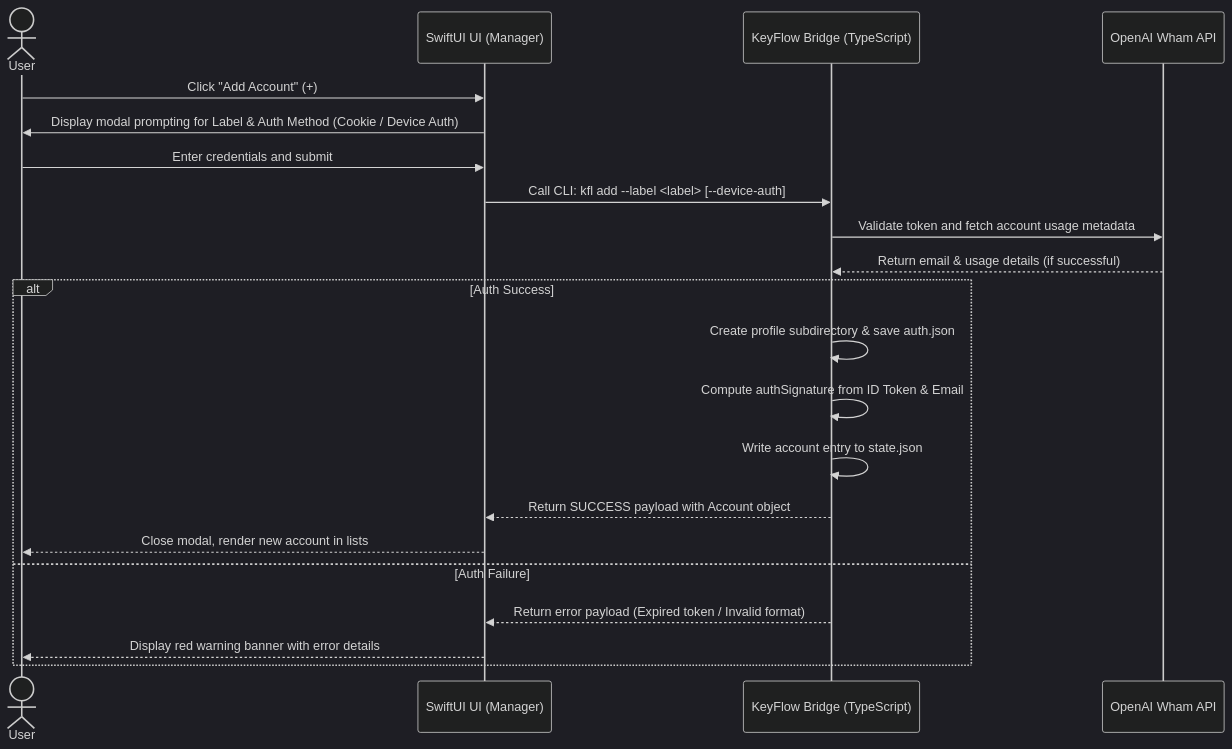
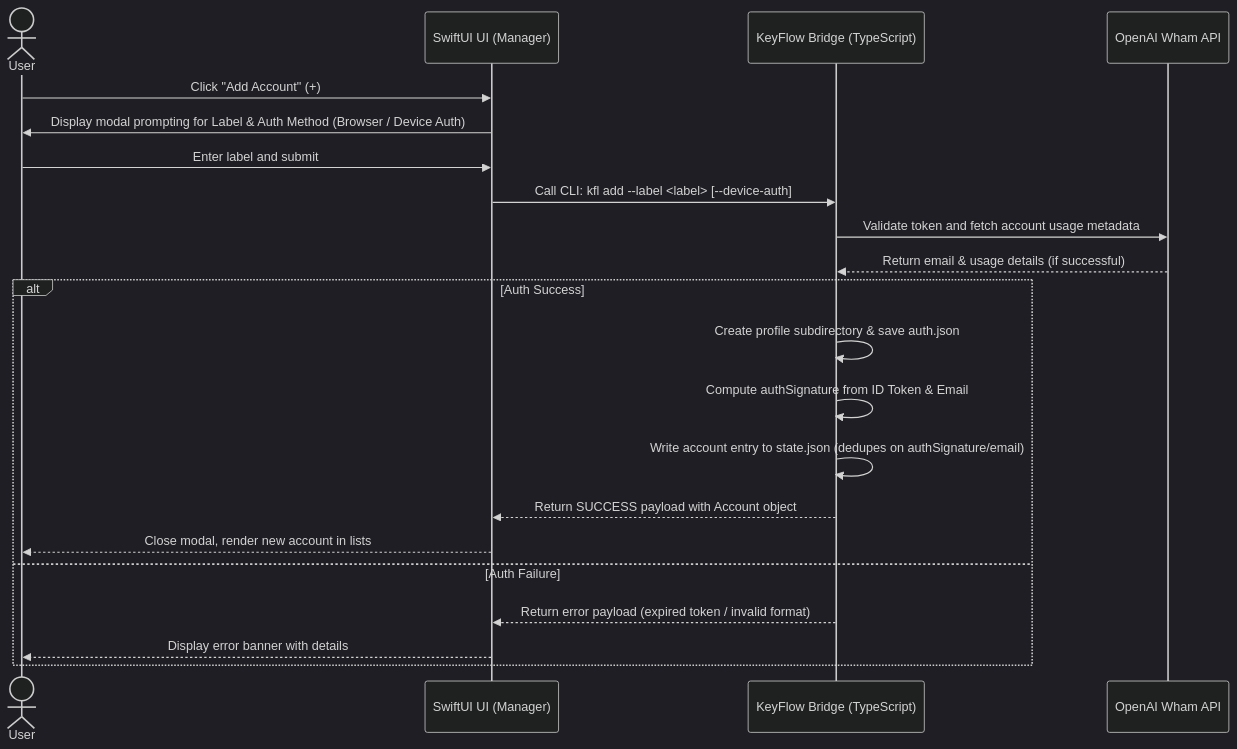
One commit to hbui290/keyflow changed the first of 5 diagrams in docs/USERFLOW.md. Above: the diagram before and after it, drawn with Mermaid (dark theme). The commit also changed other lines of this file and 3 other files, not shown here.

````diff
--- a/docs/USERFLOW.md
+++ b/docs/USERFLOW.md
@@ -11,25 +11,25 @@
 ```mermaid
 sequenceDiagram
     actor User as User
     participant UI as SwiftUI UI (Manager)
     participant CLI as KeyFlow Bridge (TypeScript)
     participant API as OpenAI Wham API
 
     User->>UI: Click "Add Account" (+)
-    UI->>User: Display modal prompting for Label & Auth Method (Cookie / Device Auth)
-    User->>UI: Enter credentials and submit
+    UI->>User: Display modal prompting for Label & Auth Method (Browser / Device Auth)
+    User->>UI: Enter label and submit
     UI->>CLI: Call CLI: kfl add --label <label> [--device-auth]
     CLI->>API: Validate token and fetch account usage metadata
     API-->>CLI: Return email & usage details (if successful)
-    
+
     alt Auth Success
         CLI->>CLI: Create profile subdirectory & save auth.json
         CLI->>CLI: Compute authSignature from ID Token & Email
-        CLI->>CLI: Write account entry to state.json
+        CLI->>CLI: Write account entry to state.json (dedupes on authSignature/email)
         CLI-->>UI: Return SUCCESS payload with Account object
         UI-->>User: Close modal, render new account in lists
     else Auth Failure
-        CLI-->>UI: Return error payload (Expired token / Invalid format)
-        UI-->>User: Display red warning banner with error details
+        CLI-->>UI: Return error payload (expired token / invalid format)
+        UI-->>User: Display error banner with details
     end
 ```
````
